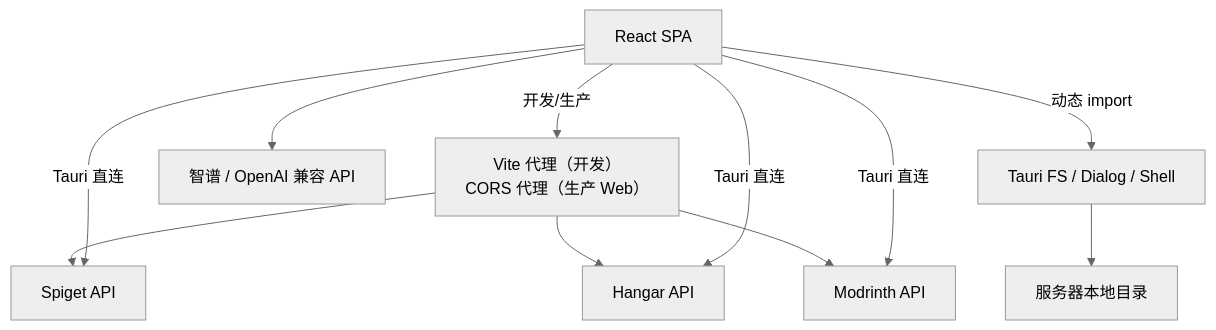
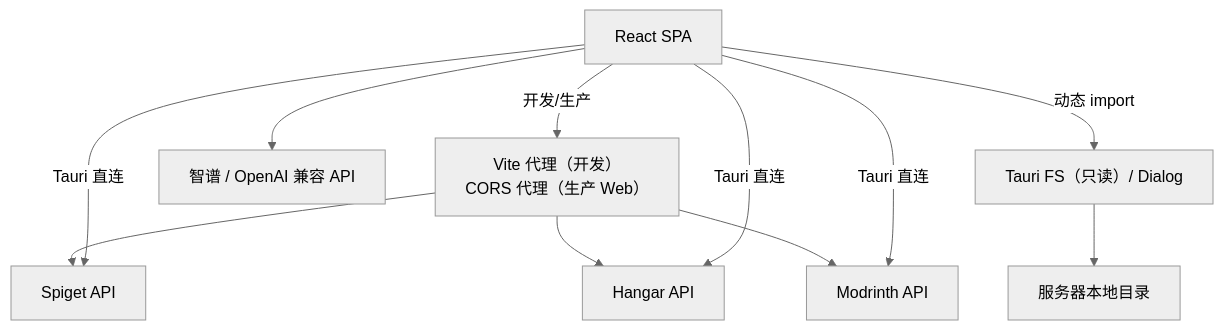
The second of 2 diagrams in docs/code-wiki/02-modules-and-dependencies.md (okouiko/pluginmarket), drawn with Mermaid (neutral theme) before and after one commit. The commit also changed other lines of this file and 39 other files, not shown here.

````diff
--- a/docs/code-wiki/02-modules-and-dependencies.md
+++ b/docs/code-wiki/02-modules-and-dependencies.md
@@ -126,22 +133,22 @@
 ```mermaid
 flowchart TB
     Frontend["React SPA"]
     Proxy["Vite 代理（开发）<br/>CORS 代理（生产 Web）"]
     SpigetAPI["Spiget API"]
     HangarAPI["Hangar API"]
     ModrinthAPI["Modrinth API"]
     LLM["智谱 / OpenAI 兼容 API"]
-    TauriFS["Tauri FS / Dialog / Shell"]
+    TauriFS["Tauri FS（只读）/ Dialog"]
     Local["服务器本地目录"]
 
     Frontend -->|开发/生产| Proxy
     Proxy --> SpigetAPI
     Proxy --> HangarAPI
     Proxy --> ModrinthAPI
     Frontend -->|Tauri 直连| SpigetAPI
     Frontend -->|Tauri 直连| HangarAPI
     Frontend -->|Tauri 直连| ModrinthAPI
     Frontend --> LLM
     Frontend -->|动态 import| TauriFS
     TauriFS --> Local
 ```
````
